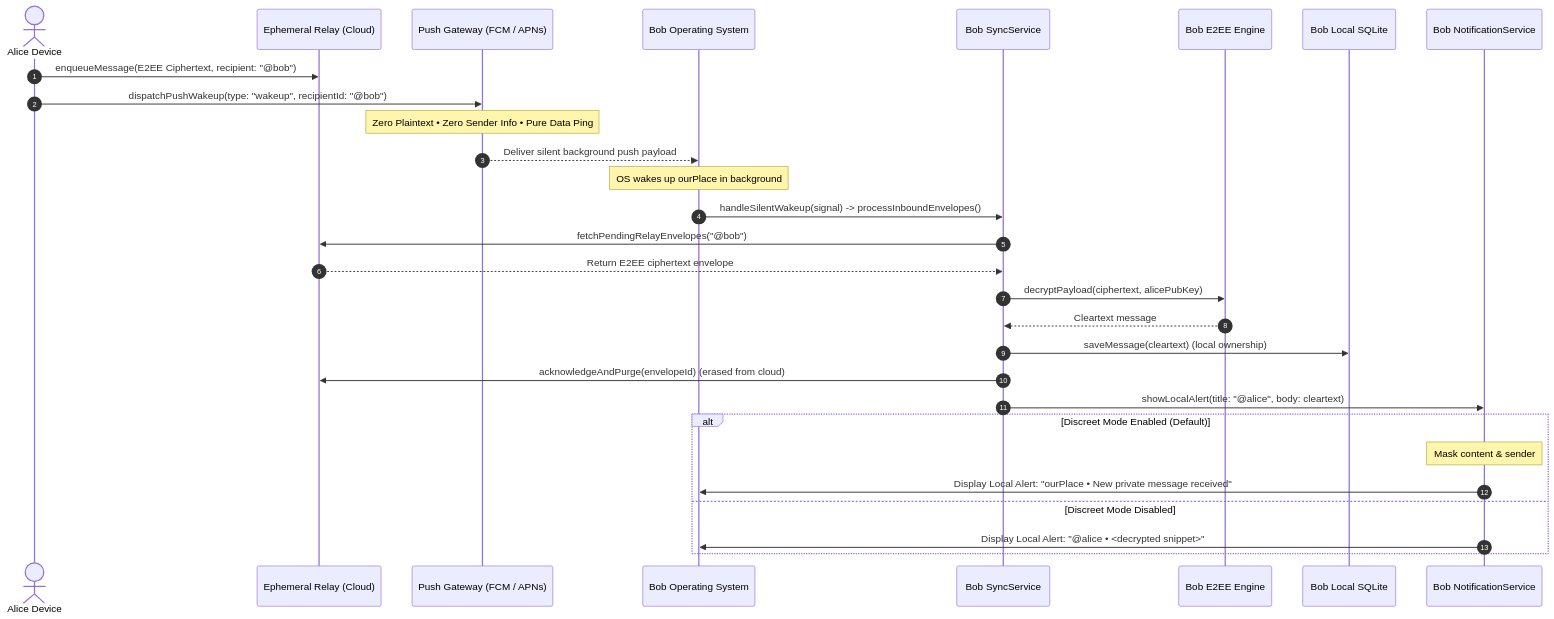
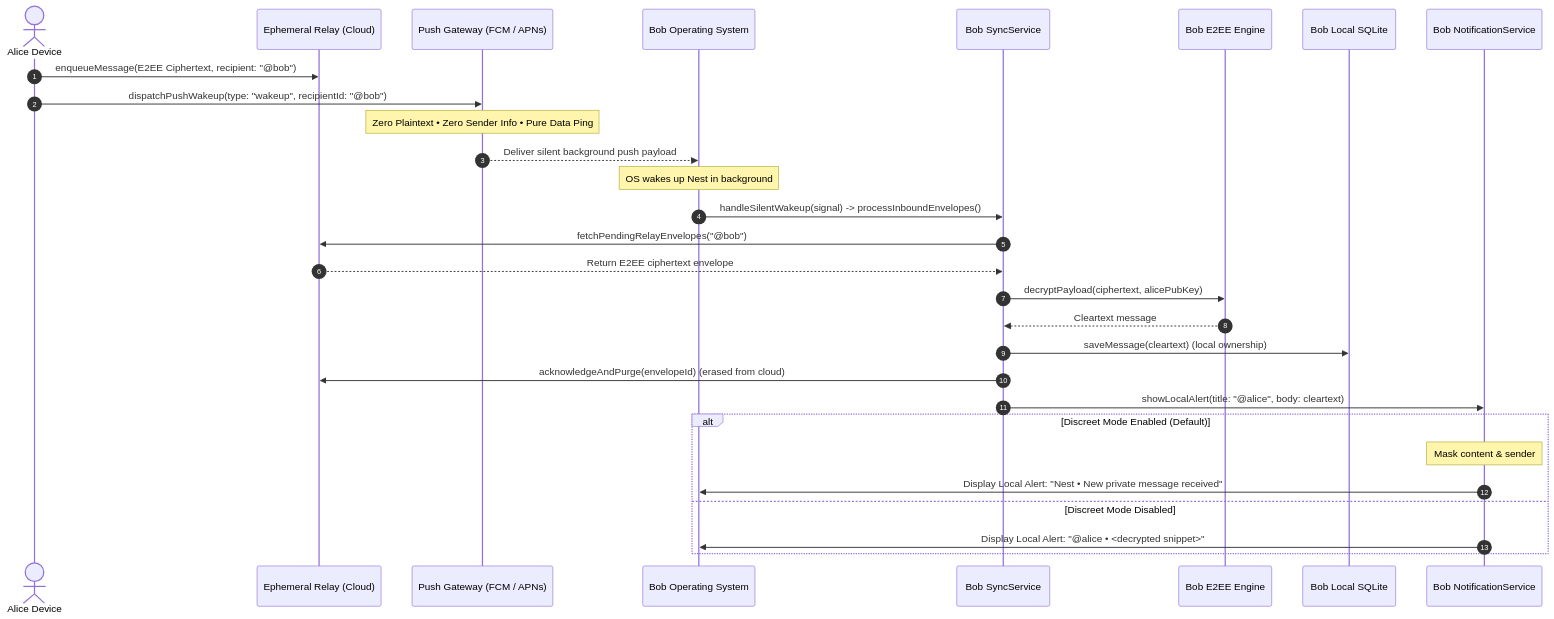
One commit to nazmulfahim3010/ourPlace changed diagram 16 of 21 in diagram.md. Above: the diagram before and after it, drawn with Mermaid. The commit also changed other lines of this file and 88 other files, not shown here.

````diff
--- a/diagram.md
+++ b/diagram.md
@@ -735,35 +735,35 @@
 ```mermaid
 sequenceDiagram
     autonumber
     actor Alice as Alice Device
     participant Relay as Ephemeral Relay (Cloud)
     participant FCM as Push Gateway (FCM / APNs)
     participant BobOS as Bob Operating System
     participant BobSync as Bob SyncService
     participant BobEnc as Bob E2EE Engine
     participant BobDB as Bob Local SQLite
     participant BobNotif as Bob NotificationService
 
     Alice->>Relay: enqueueMessage(E2EE Ciphertext, recipient: "@bob")
     Alice->>FCM: dispatchPushWakeup(type: "wakeup", recipientId: "@bob")
     Note over FCM: Zero Plaintext • Zero Sender Info • Pure Data Ping
 
     FCM-->>BobOS: Deliver silent background push payload
-    Note over BobOS: OS wakes up ourPlace in background
+    Note over BobOS: OS wakes up Nest in background
 
     BobOS->>BobSync: handleSilentWakeup(signal) -> processInboundEnvelopes()
     BobSync->>Relay: fetchPendingRelayEnvelopes("@bob")
     Relay-->>BobSync: Return E2EE ciphertext envelope
     BobSync->>BobEnc: decryptPayload(ciphertext, alicePubKey)
     BobEnc-->>BobSync: Cleartext message
     BobSync->>BobDB: saveMessage(cleartext) (local ownership)
     BobSync->>Relay: acknowledgeAndPurge(envelopeId) (erased from cloud)
 
     BobSync->>BobNotif: showLocalAlert(title: "@alice", body: cleartext)
     alt Discreet Mode Enabled (Default)
         Note over BobNotif: Mask content & sender
-        BobNotif->>BobOS: Display Local Alert: "ourPlace • New private message received"
+        BobNotif->>BobOS: Display Local Alert: "Nest • New private message received"
     else Discreet Mode Disabled
         BobNotif->>BobOS: Display Local Alert: "@alice • <decrypted snippet>"
     end
 ```
````
